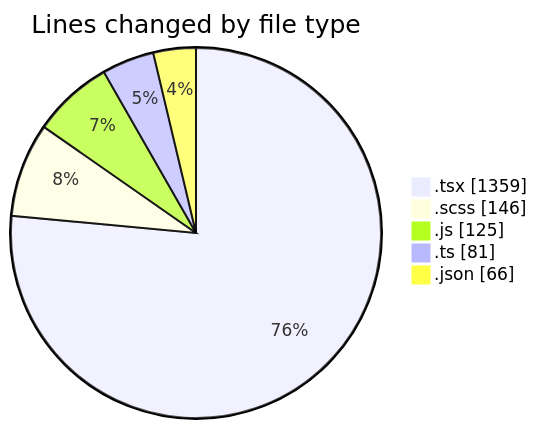
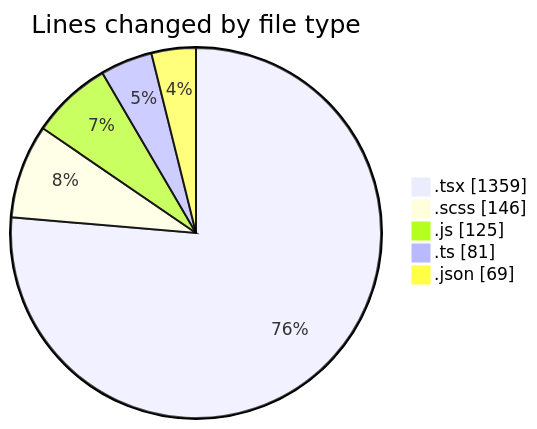
Before and after one commit to momahboobian/code-tracking: the first of 2 diagrams in 2026-04-24/cda/README.md, drawn with Mermaid. The commit also changed other lines of this file and 1 other file, not shown here.

````diff
--- a/2026-04-24/cda/README.md
+++ b/2026-04-24/cda/README.md
@@ -32,9 +32,9 @@
 ```mermaid
 pie showData
 title Lines changed by file type
 ".tsx" : 1359
 ".scss" : 146
 ".js" : 125
 ".ts" : 81
-".json" : 66
+".json" : 69
 ```
````
